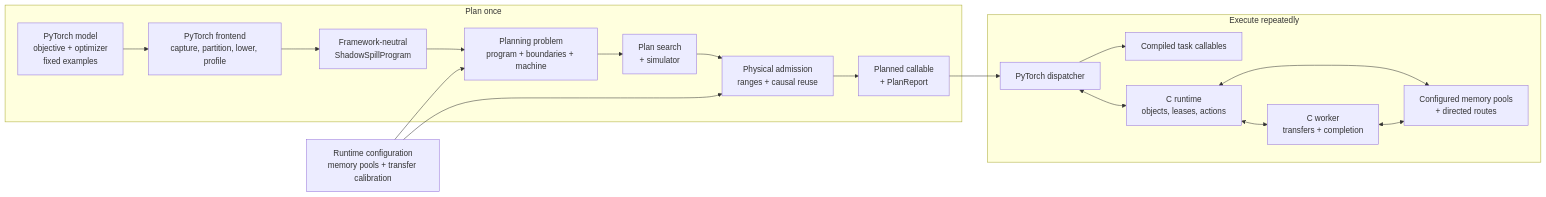
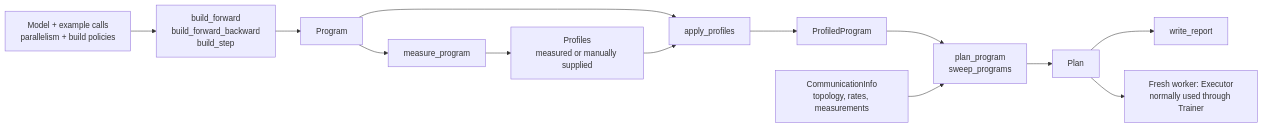
The diagram in docs/architecture/overview.md (als244/shadowspill), drawn with Mermaid before and after one commit. The commit also changed other lines of this file and 4 other files, not shown here.

````diff
--- a/docs/architecture/overview.md
+++ b/docs/architecture/overview.md
@@ -29,34 +13,24 @@
 ```mermaid
 flowchart LR
-    subgraph plan["Plan once"]
-        inputs["PyTorch model<br/>objective + optimizer<br/>fixed examples"]
-        frontend["PyTorch frontend<br/>capture, partition, lower, profile"]
-        program["Framework-neutral<br/>ShadowSpillProgram"]
-        problem["Planning problem<br/>program + boundaries + machine"]
-        search["Plan search<br/>+ simulator"]
-        admission["Physical admission<br/>ranges + causal reuse"]
-        materialize["Planned callable<br/>+ PlanReport"]
+    model["Model + example calls<br/>parallelism + build policies"]
+    build["build_forward<br/>build_forward_backward<br/>build_step"]
+    program["Program"]
+    measure["measure_program"]
+    profiles["Profiles<br/>measured or manually supplied"]
+    apply["apply_profiles"]
+    profiled["ProfiledProgram"]
+    comm["CommunicationInfo<br/>topology, rates, measurements"]
+    plan["plan_program<br/>sweep_programs"]
+    executable["Plan"]
+    report["write_report"]
+    executor["Fresh worker: Executor<br/>normally used through Trainer"]
 
-        inputs --> frontend --> program --> problem --> search --> admission --> materialize
-    end
-
-    runtime_config["Runtime configuration<br/>memory pools + transfer calibration"]
-    runtime_config --> problem
-    runtime_config --> admission
-
-    subgraph execute["Execute repeatedly"]
-        dispatcher["PyTorch dispatcher"]
-        compiled["Compiled task callables"]
-        runtime["C runtime<br/>objects, leases, actions"]
-        worker["C worker<br/>transfers + completion"]
-        pools["Configured memory pools<br/>+ directed routes"]
-
-        dispatcher --> compiled
-        dispatcher <--> runtime
-        runtime <--> worker
-        runtime <--> pools
-        worker <--> pools
-    end
-
-    materialize --> dispatcher
+    model --> build --> program
+    program --> measure --> profiles
+    program --> apply
+    profiles --> apply --> profiled --> plan
+    comm --> plan
+    plan --> executable
+    executable --> report
+    executable --> executor
 ```
````
